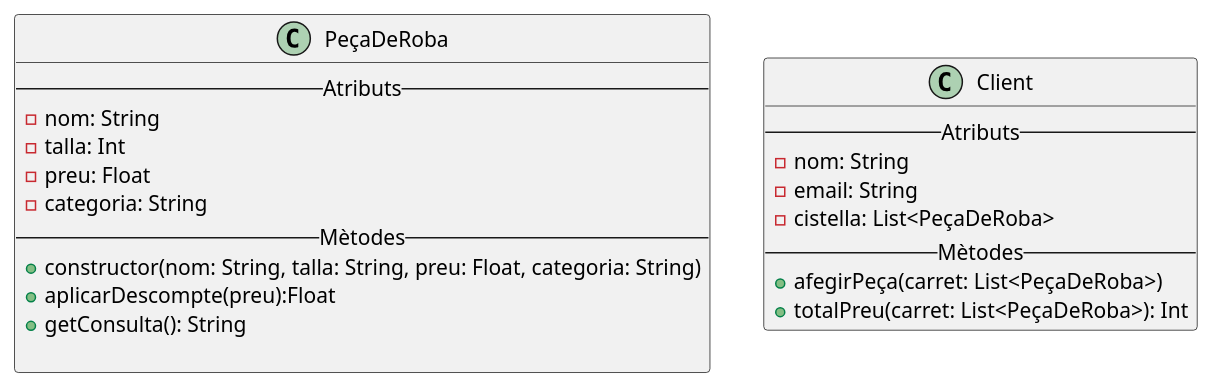
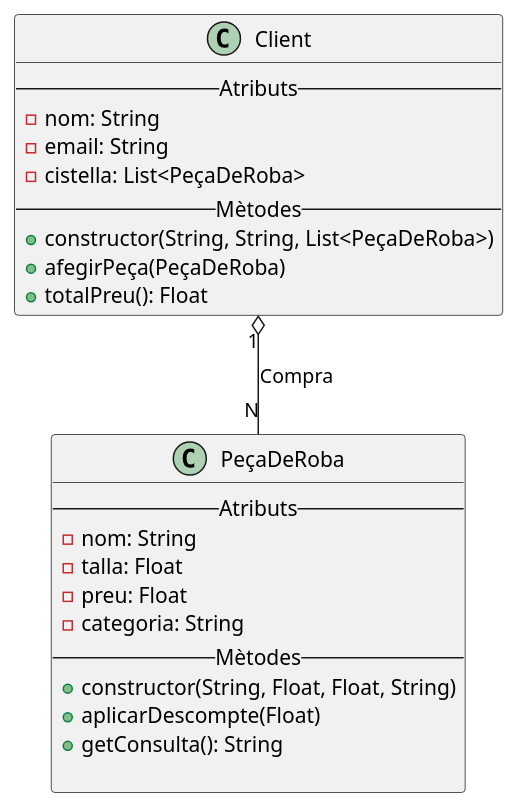
Before and after one commit to Guillermo-Mir/DissenyDiagrames: the diagram in src/main/kotlin/uml/Ex4.puml, drawn with PlantUML. The commit also changed 10 other files, not shown here.

```diff
--- a/src/main/kotlin/uml/Ex4.puml
+++ b/src/main/kotlin/uml/Ex4.puml
@@ -1,28 +1,31 @@
 @startuml
 'https://plantuml.com/class-diagram
 
 
 class PeçaDeRoba {
     -- Atributs --
     - nom: String
-    - talla: Int
+    - talla: Float
     - preu: Float
     - categoria: String
     -- Mètodes --
-     + constructor(nom: String, talla: String, preu: Float, categoria: String)
-    + aplicarDescompte(preu):Float
+    + constructor(String, Float, Float, String)
+    + aplicarDescompte(Float)
     + getConsulta(): String
 
 }
 
 class Client {
     -- Atributs --
     - nom: String
     - email: String
     - cistella: List<PeçaDeRoba>
     -- Mètodes --
-    + afegirPeça(carret: List<PeçaDeRoba>)
-    + totalPreu(carret: List<PeçaDeRoba>): Int
+    + constructor(String, String, List<PeçaDeRoba>)
+    + afegirPeça(PeçaDeRoba)
+    + totalPreu(): Float
 }
 
+Client "1" o-down- "N" PeçaDeRoba: Compra
+
 @enduml
```
